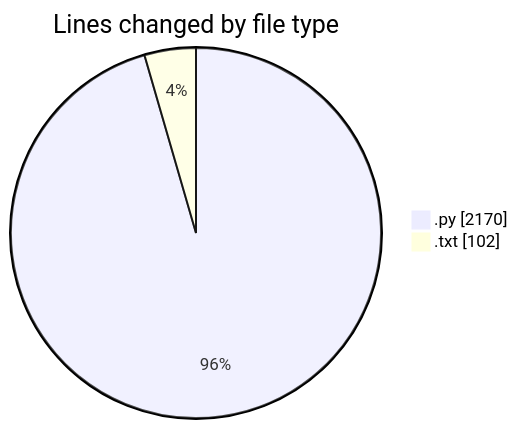
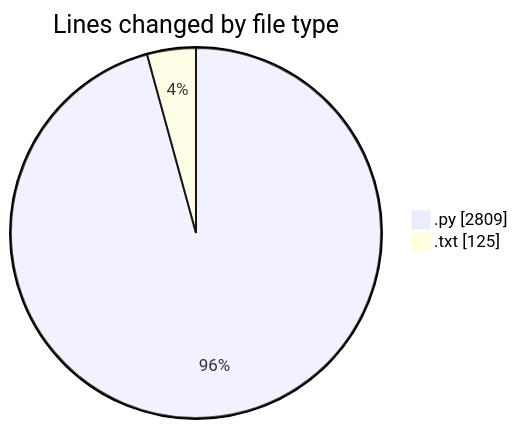
The first of 2 diagrams in 2025-05-26/zip_file/README.md (Ritupan-Deka/code-tracking), drawn with Mermaid before and after one commit. The commit also changed other lines of this file and 1 other file, not shown here.

````diff
--- a/2025-05-26/zip_file/README.md
+++ b/2025-05-26/zip_file/README.md
@@ -27,6 +29,6 @@
 ```mermaid
 pie showData
 title Lines changed by file type
-".py" : 2170
-".txt" : 102
+".py" : 2809
+".txt" : 125
 ```
````
